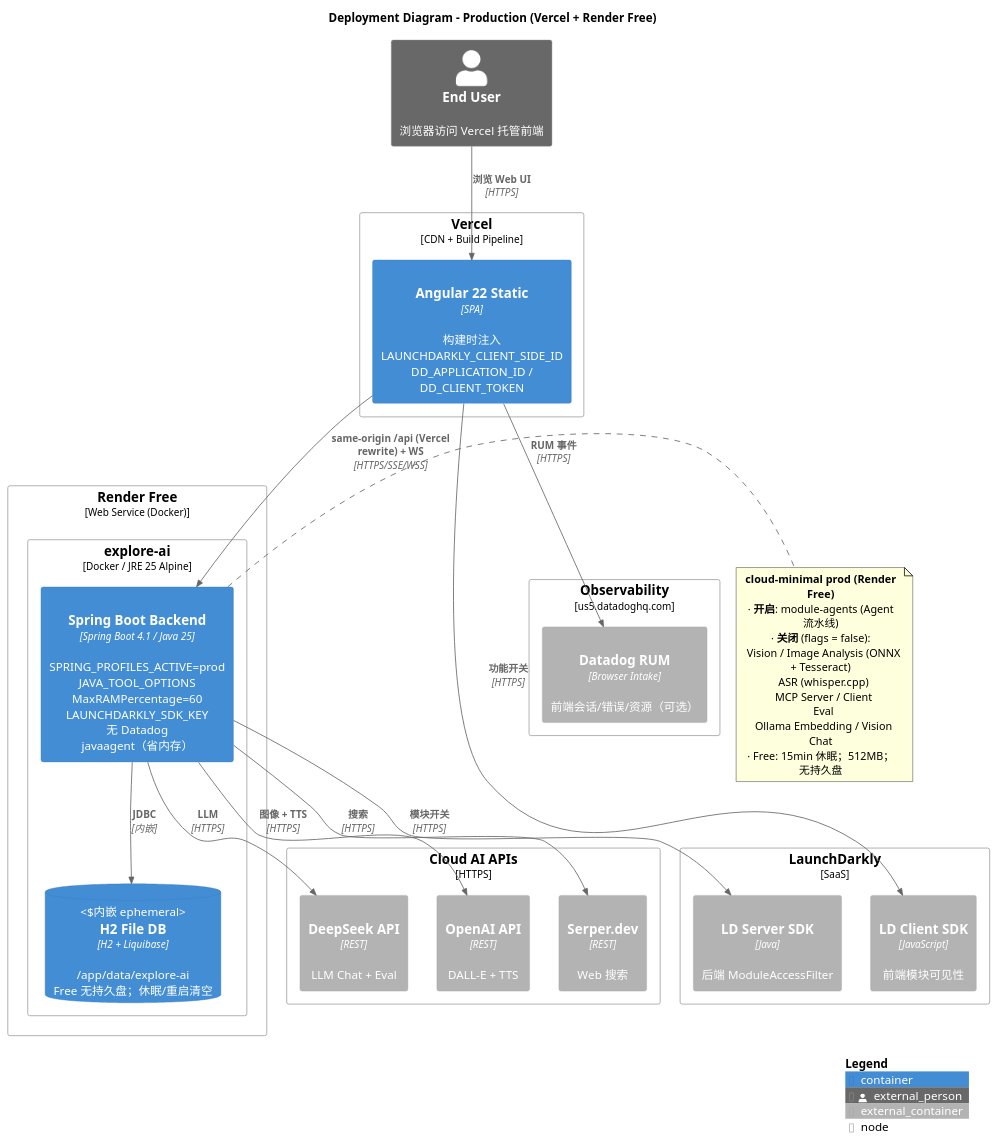
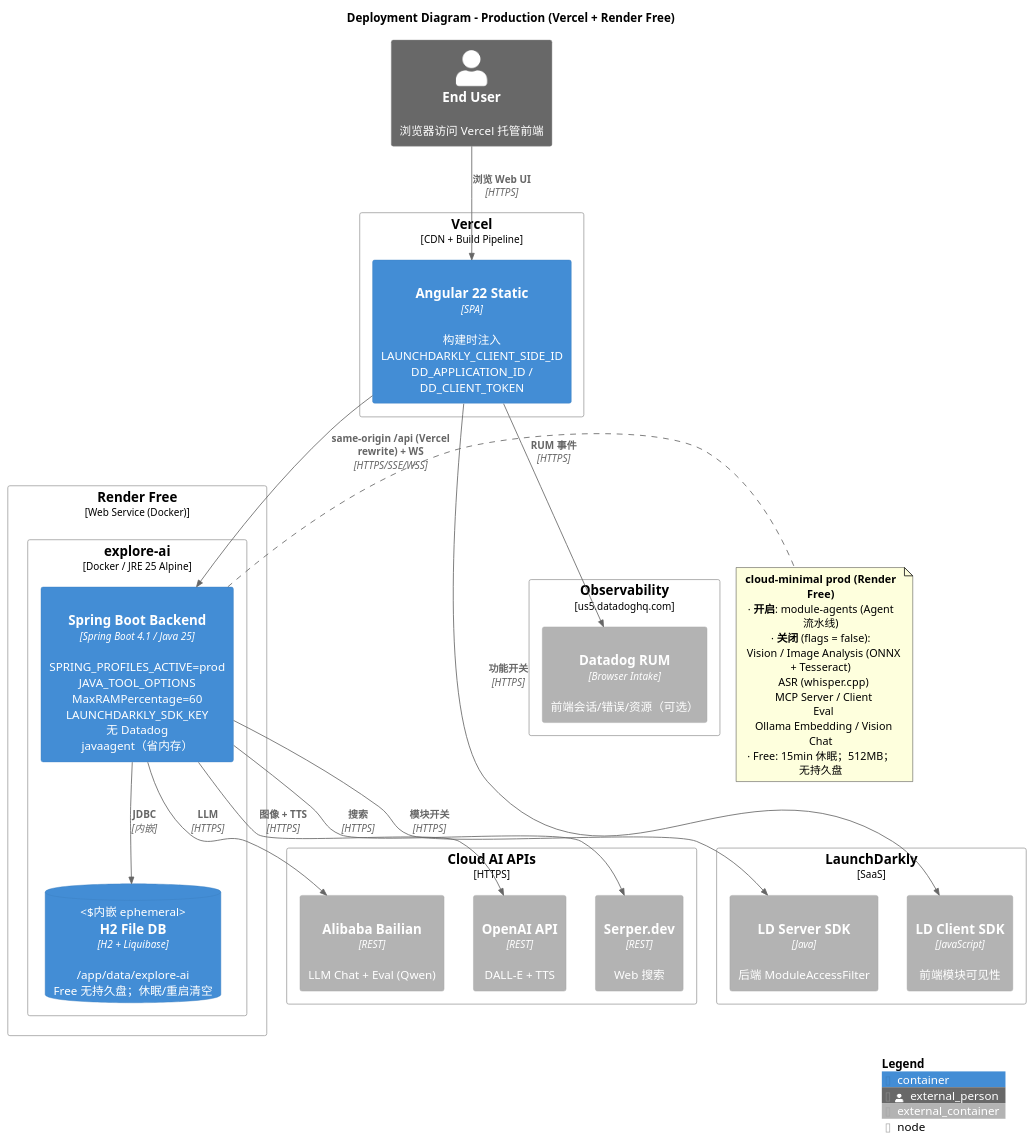
Before and after one commit to felixzhu97/explore-ai: the diagram in docs/developer/c4-model/C4-Deployment-Production.puml, drawn with PlantUML. The commit also changed 29 other files, not shown here.

First line of the commit message:
feat: switch default cloud chat to Bailian Qwen

```diff
--- a/docs/developer/c4-model/C4-Deployment-Production.puml
+++ b/docs/developer/c4-model/C4-Deployment-Production.puml
@@ -1,64 +1,64 @@
 @startuml C4-Deployment-Production
 !include https://raw.githubusercontent.com/plantuml-stdlib/C4-PlantUML/master/C4_Deployment.puml
 
 LAYOUT_WITH_LEGEND()
 
 title Deployment Diagram - Production (Vercel + Render Free)
 
 Person_Ext(user, "End User", "浏览器访问 Vercel 托管前端")
 
 Deployment_Node(vercel, "Vercel", "CDN + Build Pipeline") {
     Container(angular_static, "Angular 22 Static", "SPA", "构建时注入\nLAUNCHDARKLY_CLIENT_SIDE_ID\nDD_APPLICATION_ID / DD_CLIENT_TOKEN", "HTTPS")
 }
 
 Deployment_Node(render, "Render Free", "Web Service (Docker)") {
     Deployment_Node(explore_ai_svc, "explore-ai", "Docker / JRE 25 Alpine") {
         Container(backend, "Spring Boot Backend", "Spring Boot 4.1 / Java 25", "SPRING_PROFILES_ACTIVE=prod\nJAVA_TOOL_OPTIONS MaxRAMPercentage=60\nLAUNCHDARKLY_SDK_KEY\n无 Datadog javaagent（省内存）", "8080")
         ContainerDb(h2_ephemeral, "H2 File DB", "H2 + Liquibase", "/app/data/explore-ai\nFree 无持久盘；休眠/重启清空", "内嵌 ephemeral")
     }
 }
 
 Deployment_Node(observability, "Observability", "us5.datadoghq.com") {
     Container_Ext(datadog_rum, "Datadog RUM", "Browser Intake", "前端会话/错误/资源（可选）", "HTTPS")
 }
 
 Deployment_Node(feature_flags, "LaunchDarkly", "SaaS") {
     Container_Ext(ld_client, "LD Client SDK", "JavaScript", "前端模块可见性", "HTTPS")
     Container_Ext(ld_server, "LD Server SDK", "Java", "后端 ModuleAccessFilter", "HTTPS")
 }
 
 Deployment_Node(cloud_ai, "Cloud AI APIs", "HTTPS") {
-    Container_Ext(deepseek_api, "DeepSeek API", "REST", "LLM Chat + Eval", "HTTPS")
+    Container_Ext(bailian_api, "Alibaba Bailian", "REST", "LLM Chat + Eval (Qwen)", "HTTPS")
     Container_Ext(openai_api, "OpenAI API", "REST", "DALL-E + TTS", "HTTPS")
     Container_Ext(serper_api, "Serper.dev", "REST", "Web 搜索", "HTTPS")
 }
 
 ' ============================================================
 ' RELATIONSHIPS
 ' ============================================================
 Rel(user, angular_static, "浏览 Web UI", "HTTPS")
 Rel(angular_static, backend, "same-origin /api (Vercel rewrite) + WS", "HTTPS/SSE/WSS")
 Rel(angular_static, datadog_rum, "RUM 事件", "HTTPS")
 Rel(angular_static, ld_client, "功能开关", "HTTPS")
 
 Rel(backend, h2_ephemeral, "JDBC", "内嵌")
 Rel(backend, ld_server, "模块开关", "HTTPS")
 
-Rel(backend, deepseek_api, "LLM", "HTTPS")
+Rel(backend, bailian_api, "LLM", "HTTPS")
 Rel(backend, openai_api, "图像 + TTS", "HTTPS")
 Rel(backend, serper_api, "搜索", "HTTPS")
 
 note right of backend
   **cloud-minimal prod (Render Free)**
   · **开启**: module-agents (Agent 流水线)
   · **关闭** (flags = false):
     Vision / Image Analysis (ONNX + Tesseract)
     ASR (whisper.cpp)
     MCP Server / Client
     Eval
     Ollama Embedding / Vision Chat
   · Free: 15min 休眠；512MB；无持久盘
 end note
 
 SHOW_LEGEND()
 @enduml
```
